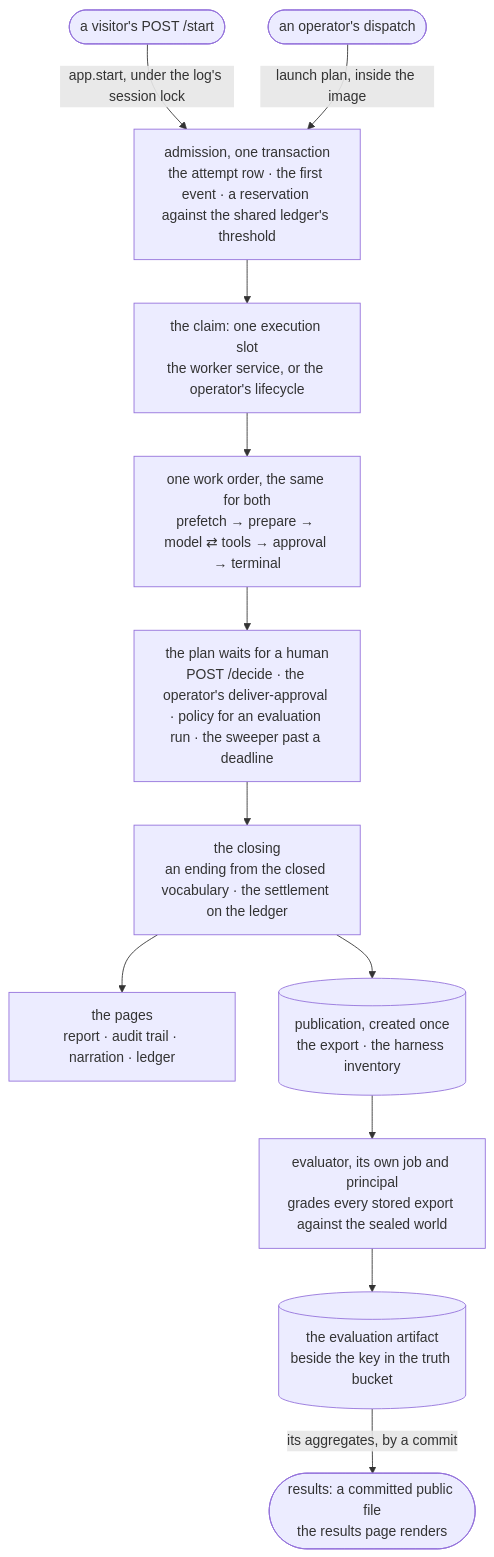
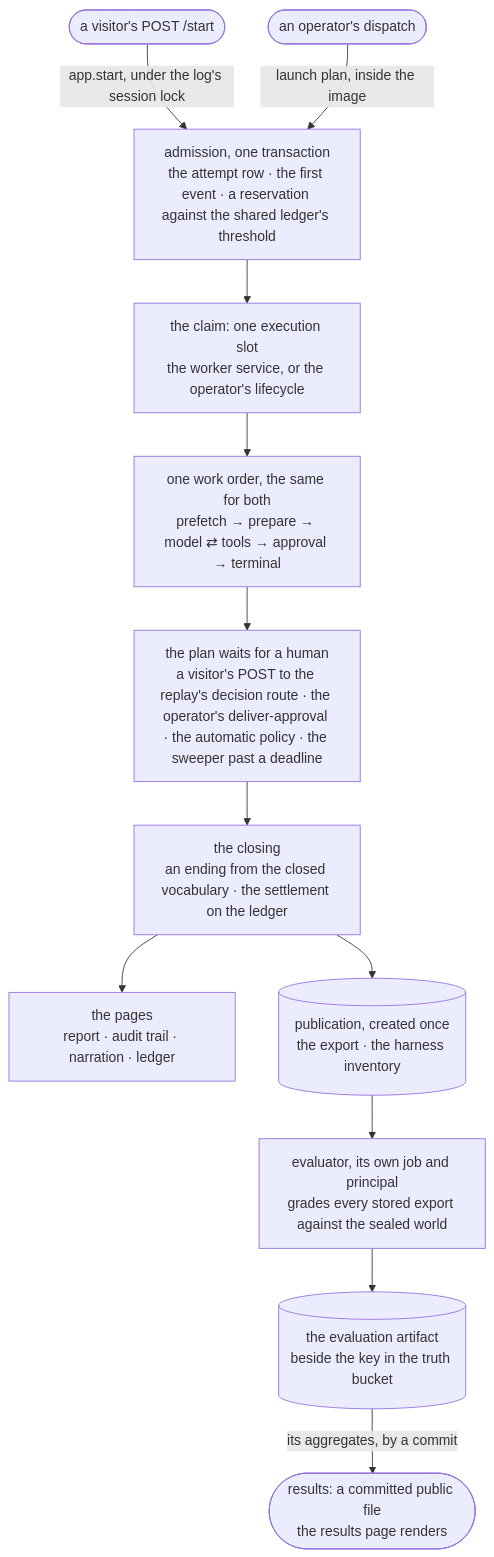
Before and after one commit to arda-basarici/leave-impact-agent: the first of 2 diagrams in ARCHITECTURE.md, drawn with Mermaid. The commit also changed other lines of this file, not shown here.

Commit message:
ARCHITECTURE corrected: the decision route as the application declares it in the diagram, the stage table and the folded lifecycle, the automatic policy named in place of an evaluation run, the opening cut to one sentence, the job seam citation pointed at the record that holds the passage

````diff
--- a/ARCHITECTURE.md
+++ b/ARCHITECTURE.md
@@ -31,15 +27,15 @@
 ```mermaid
 flowchart TD
     VS(["a visitor's POST /start"]) -->|"app.start, under the log's session lock"| ADM
     OP(["an operator's dispatch"]) -->|"launch plan, inside the image"| ADM
     ADM["admission, one transaction<br/>the attempt row · the first event · a reservation against the shared ledger's threshold"]
     ADM --> CL["the claim: one execution slot<br/>the worker service, or the operator's lifecycle"]
     CL --> WO["one work order, the same for both<br/>prefetch → prepare → model ⇄ tools → approval → terminal"]
-    WO --> WAIT["the plan waits for a human<br/>POST /decide · the operator's deliver-approval · policy for an evaluation run · the sweeper past a deadline"]
+    WO --> WAIT["the plan waits for a human<br/>a visitor's POST to the replay's decision route · the operator's deliver-approval · the automatic policy · the sweeper past a deadline"]
     WAIT --> END["the closing<br/>an ending from the closed vocabulary · the settlement on the ledger"]
     END --> PAGES["the pages<br/>report · audit trail · narration · ledger"]
     END --> PUB[("publication, created once<br/>the export · the harness inventory")]
     PUB --> EV["evaluator, its own job and principal<br/>grades every stored export against the sealed world"]
     EV --> ART[("the evaluation artifact<br/>beside the key in the truth bucket")]
     ART -->|"its aggregates, by a commit"| RES(["results: a committed public file<br/>the results page renders"])
 ```
````
